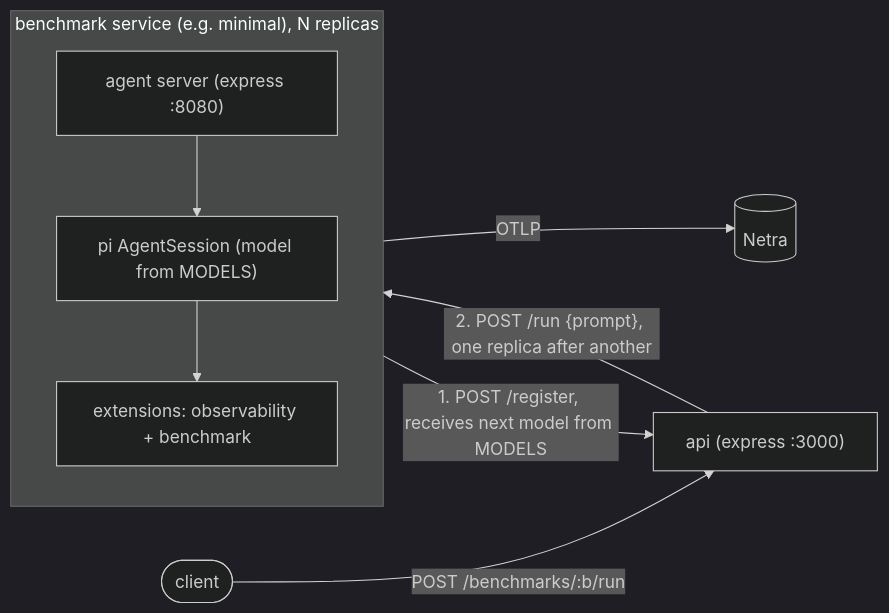
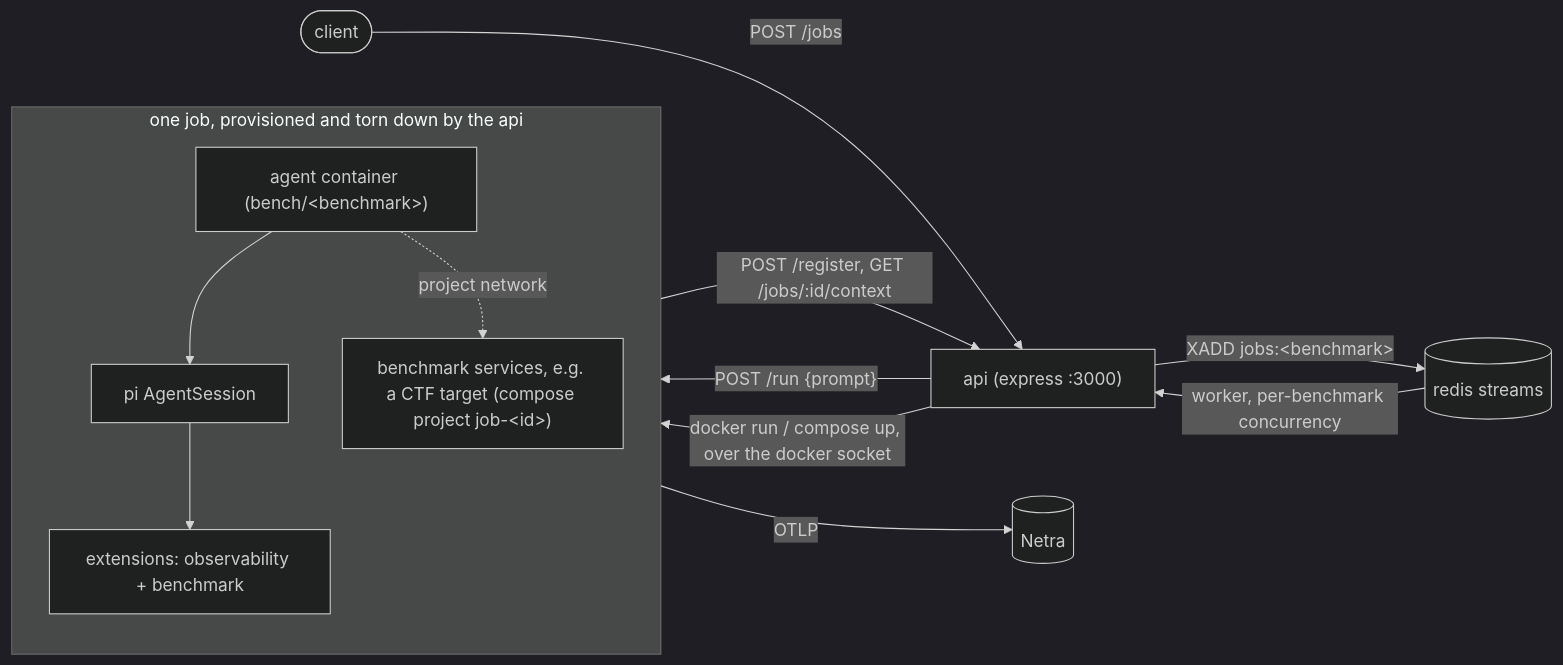
The diagram in README.md (KeyValueSoftwareSystems/benchmark-harness), drawn with Mermaid (dark theme) before and after one commit. The commit also changed other lines of this file and 1 other file, not shown here.

````diff
--- a/README.md
+++ b/README.md
@@ -7,14 +7,19 @@
 ```mermaid
 flowchart LR
-    client([client]) -->|"POST /benchmarks/:b/run"| api["api (express :3000)"]
+    client([client]) -->|"POST /jobs"| api["api (express :3000)"]
+    api -->|"XADD jobs:&lt;benchmark&gt;"| redis[(redis streams)]
+    redis -->|"worker, per-benchmark concurrency"| api
 
-    subgraph svc["benchmark service (e.g. minimal), N replicas"]
+    subgraph job["one job, provisioned and torn down by the api"]
         direction TB
-        agent["agent server (express :8080)"] --> session["pi AgentSession (model from MODELS)"]
+        agent["agent container (bench/&lt;benchmark&gt;)"] --> session["pi AgentSession"]
         session --> ext["extensions: observability + benchmark"]
+        target["benchmark services, e.g. a CTF target (compose project job-&lt;id&gt;)"]
+        agent -.->|"project network"| target
     end
 
-    svc -->|"1. POST /register, receives next model from MODELS"| api
-    api -->|"2. POST /run {prompt}, one replica after another"| agent
+    api -->|"docker run / compose up, over the docker socket"| job
+    agent -->|"POST /register, GET /jobs/:id/context"| api
+    api -->|"POST /run {prompt}"| agent
     ext -->|OTLP| netra[(Netra)]
 ```
````
